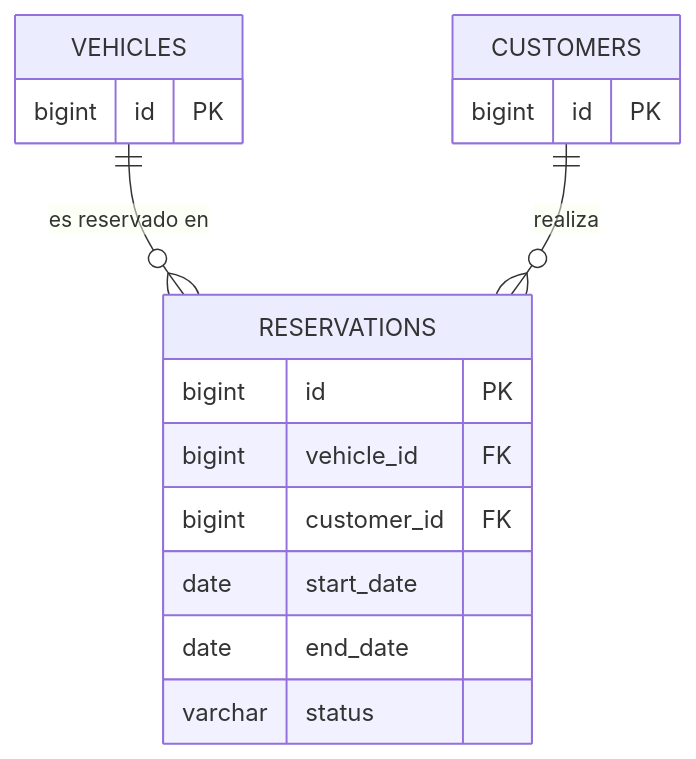
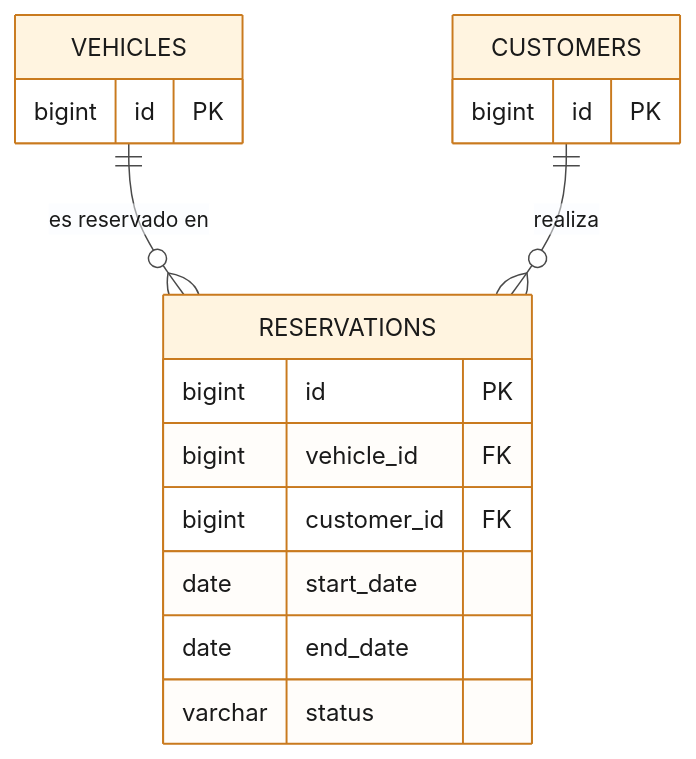
The diagram in docs/04-base-de-datos/02-reservas-chaarlyez.md (chaarlyez/Sistema_de_alquiler_de_veh-culos), drawn with Mermaid before and after one commit. The commit also changed 6 other files, not shown here.

First line of the commit message:
docs: colorear todos los diagramas Mermaid y cerrar observacion de notacion

````diff
--- a/docs/04-base-de-datos/02-reservas-chaarlyez.md
+++ b/docs/04-base-de-datos/02-reservas-chaarlyez.md
@@ -62,22 +62,32 @@
 ```mermaid
+%%{init: {'theme': 'base', 'themeVariables': {
+  'background': '#ffffff',
+  'primaryColor': '#fff4e0',
+  'primaryBorderColor': '#c97a1e',
+  'primaryTextColor': '#1a1a1a',
+  'lineColor': '#4a4a4a',
+  'textColor': '#1a1a1a',
+  'attributeBackgroundColorOdd': '#f7f9fb',
+  'attributeBackgroundColorEven': '#ffffff'
+}}}%%
 erDiagram
     VEHICLES ||--o{ RESERVATIONS : "es reservado en"
     CUSTOMERS ||--o{ RESERVATIONS : "realiza"
 
     VEHICLES {
         bigint id PK
     }
 
     CUSTOMERS {
         bigint id PK
     }
 
     RESERVATIONS {
         bigint id PK
         bigint vehicle_id FK
         bigint customer_id FK
         date start_date
         date end_date
         varchar status
     }
 ```
````
